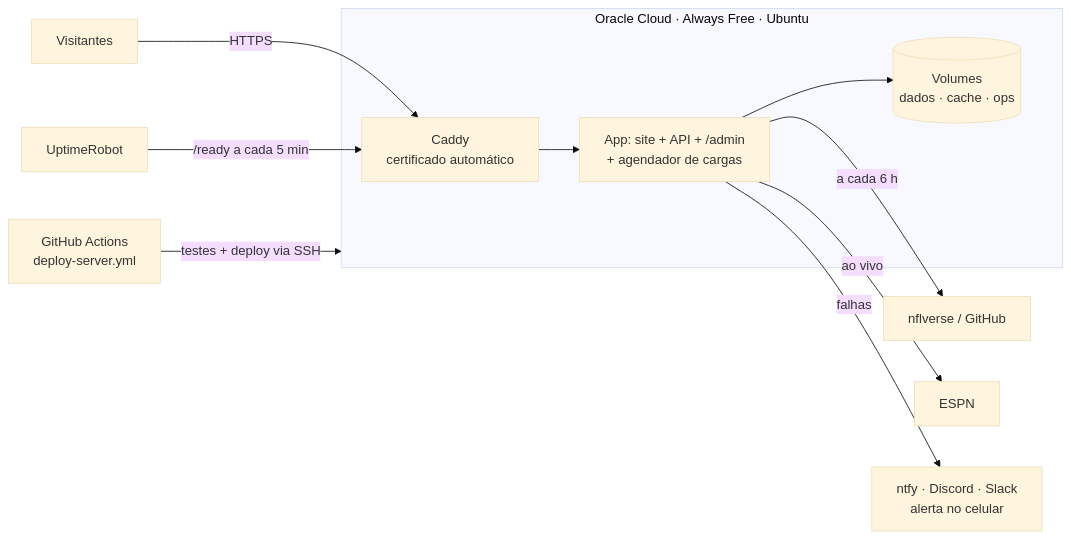
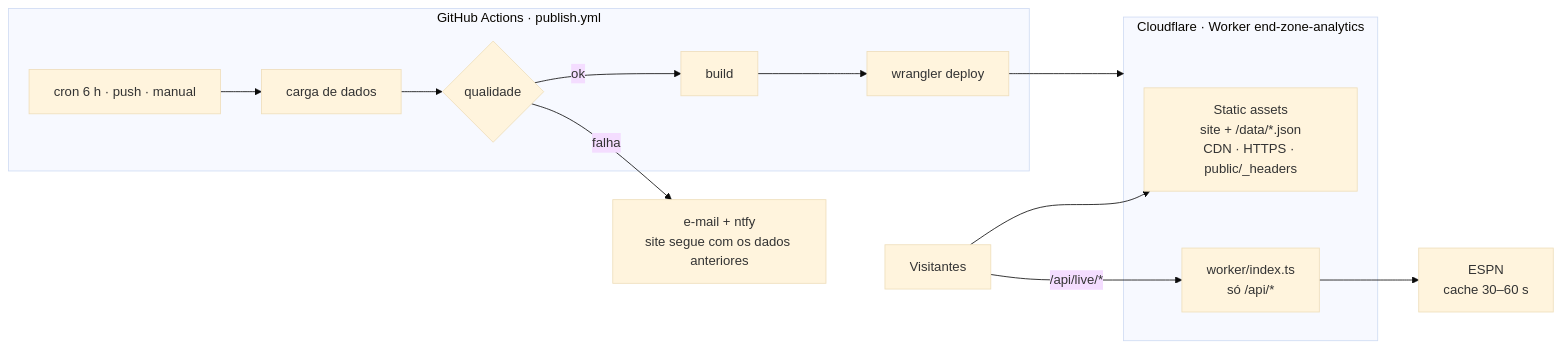
The diagram in docs/PUBLICACAO_SERVIDOR.md (lucasllimati/end-zone-analytics), drawn with Mermaid (base theme) before and after one commit. The commit also changed other lines of this file and 10 other files, not shown here.

Commit message:
Documentação coesa com a publicação no Cloudflare

````diff
--- a/docs/PUBLICACAO_SERVIDOR.md
+++ b/docs/PUBLICACAO_SERVIDOR.md
@@ -22,13 +12,14 @@
 ```mermaid
 flowchart LR
-  U[Visitantes] -->|HTTPS| C[Caddy<br/>certificado automático]
-  subgraph VM[Oracle Cloud · Always Free · Ubuntu]
-    C --> A[App: site + API + /admin<br/>+ agendador de cargas]
-    A --> V[(Volumes<br/>dados · cache · ops)]
+  subgraph CF[Cloudflare · Worker end-zone-analytics]
+    SA[Static assets<br/>site + /data/*.json<br/>CDN · HTTPS · public/_headers]
+    WK[worker/index.ts<br/>só /api/*]
   end
-  A -->|a cada 6 h| N[nflverse / GitHub]
-  A -->|ao vivo| E[ESPN]
-  A -->|falhas| P[ntfy · Discord · Slack<br/>alerta no celular]
-  G[GitHub Actions<br/>deploy-server.yml] -->|testes + deploy via SSH| VM
-  R[UptimeRobot] -->|/ready a cada 5 min| C
+  V[Visitantes] --> SA
+  V -->|/api/live/*| WK --> E[ESPN<br/>cache 30–60 s]
+  subgraph GH[GitHub Actions · publish.yml]
+    C[cron 6 h · push · manual] --> D[carga de dados] --> Q{qualidade} -->|ok| B[build] --> P[wrangler deploy]
+  end
+  P --> CF
+  Q -->|falha| A[e-mail + ntfy<br/>site segue com os dados anteriores]
 ```
````
